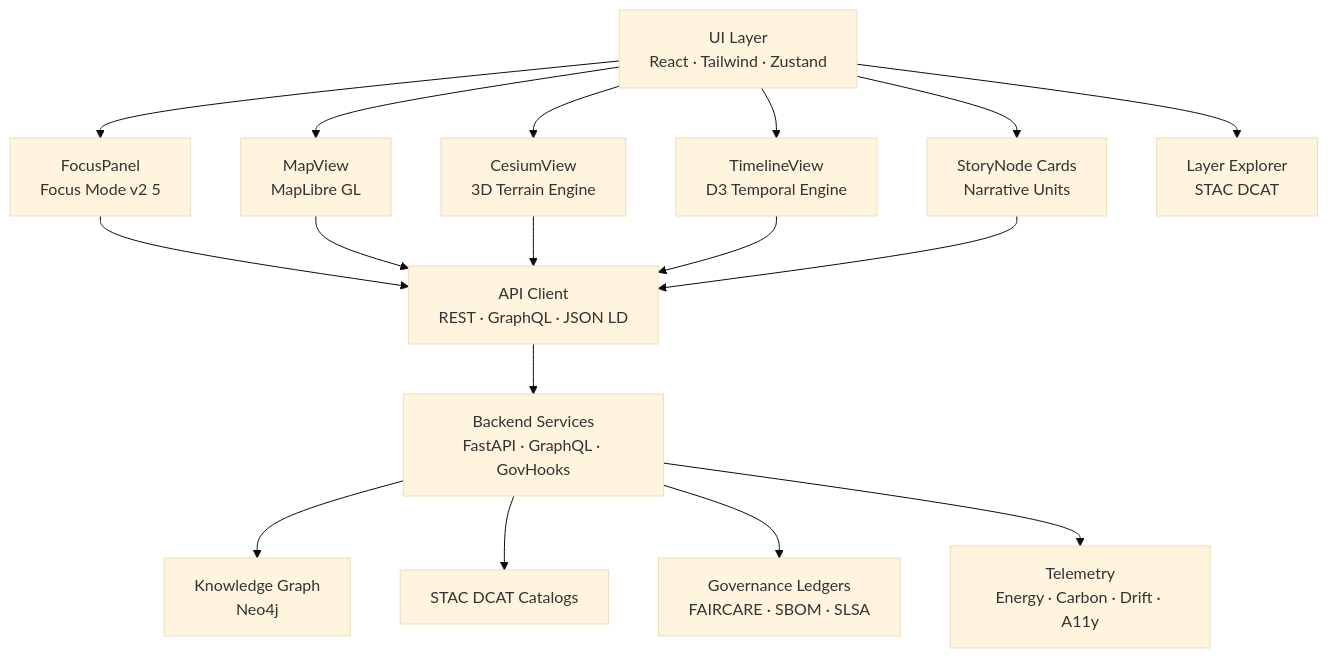
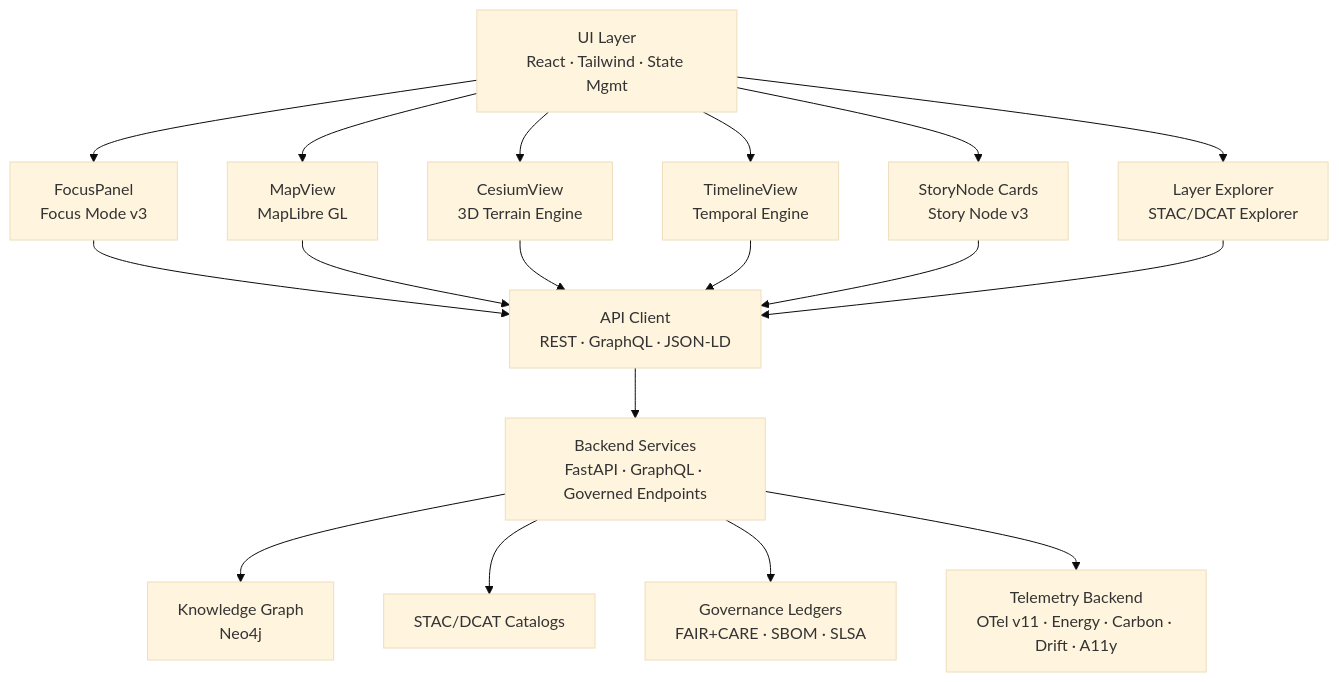
The diagram in web/README.md (bartytime4life/Kansas-Frontier-Matrix), drawn with Mermaid (base theme) before and after one commit. The commit also changed other lines of this file, not shown here.

````diff
--- a/web/README.md
+++ b/web/README.md
@@ -160,19 +165,22 @@
-~~~mermaid
+```mermaid
 flowchart TD
-    UI[UI Layer<br/>React · Tailwind · Zustand] --> MV[MapView<br/>MapLibre GL]
+    UI[UI Layer<br/>React · Tailwind · State Mgmt] --> MV[MapView<br/>MapLibre GL]
     UI --> CV[CesiumView<br/>3D Terrain Engine]
-    UI --> FP[FocusPanel<br/>Focus Mode v2 5]
-    UI --> SN[StoryNode Cards<br/>Narrative Units]
-    UI --> TL[TimelineView<br/>D3 Temporal Engine]
-    UI --> LX[Layer Explorer<br/>STAC DCAT]
-    FP --> API[API Client<br/>REST · GraphQL · JSON LD]
+    UI --> FP[FocusPanel<br/>Focus Mode v3]
+    UI --> SN[StoryNode Cards<br/>Story Node v3]
+    UI --> TL[TimelineView<br/>Temporal Engine]
+    UI --> LX[Layer Explorer<br/>STAC/DCAT Explorer]
+
+    FP --> API[API Client<br/>REST · GraphQL · JSON-LD]
     MV --> API
     CV --> API
     TL --> API
     SN --> API
-    API --> BE[Backend Services<br/>FastAPI · GraphQL · GovHooks]
+    LX --> API
+
+    API --> BE[Backend Services<br/>FastAPI · GraphQL · Governed Endpoints]
     BE --> KG[Knowledge Graph<br/>Neo4j]
-    BE --> STAC[STAC DCAT Catalogs]
-    BE --> GOV[Governance Ledgers<br/>FAIRCARE · SBOM · SLSA]
-    BE --> TEL[Telemetry<br/>Energy · Carbon · Drift · A11y]
-~~~
+    BE --> STAC[STAC/DCAT Catalogs]
+    BE --> GOV[Governance Ledgers<br/>FAIR+CARE · SBOM · SLSA]
+    BE --> TEL[Telemetry Backend<br/>OTel v11 · Energy · Carbon · Drift · A11y]
+```
````
